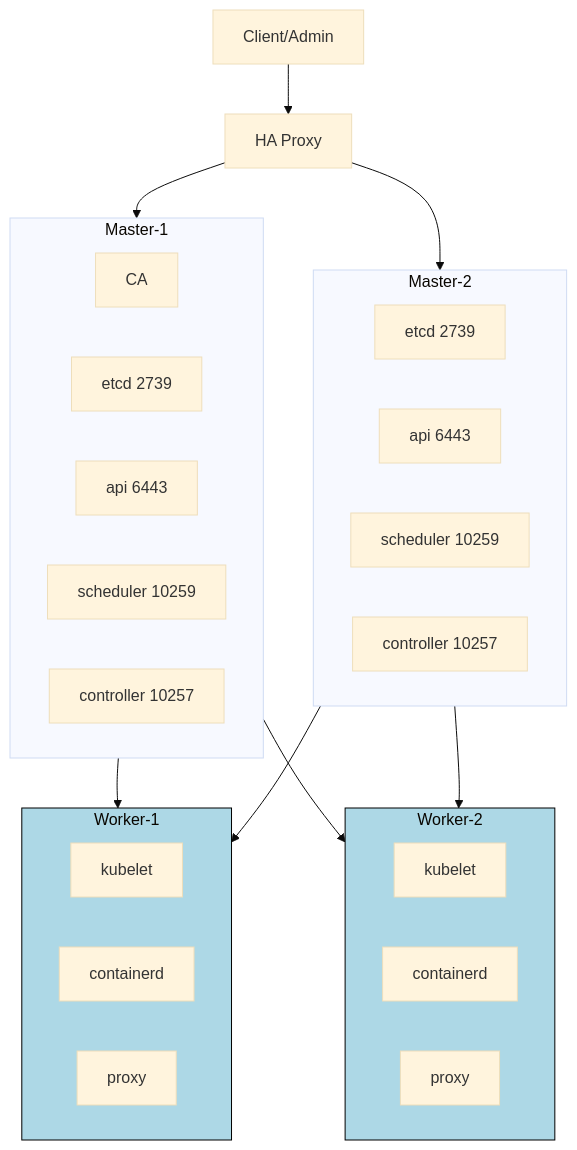
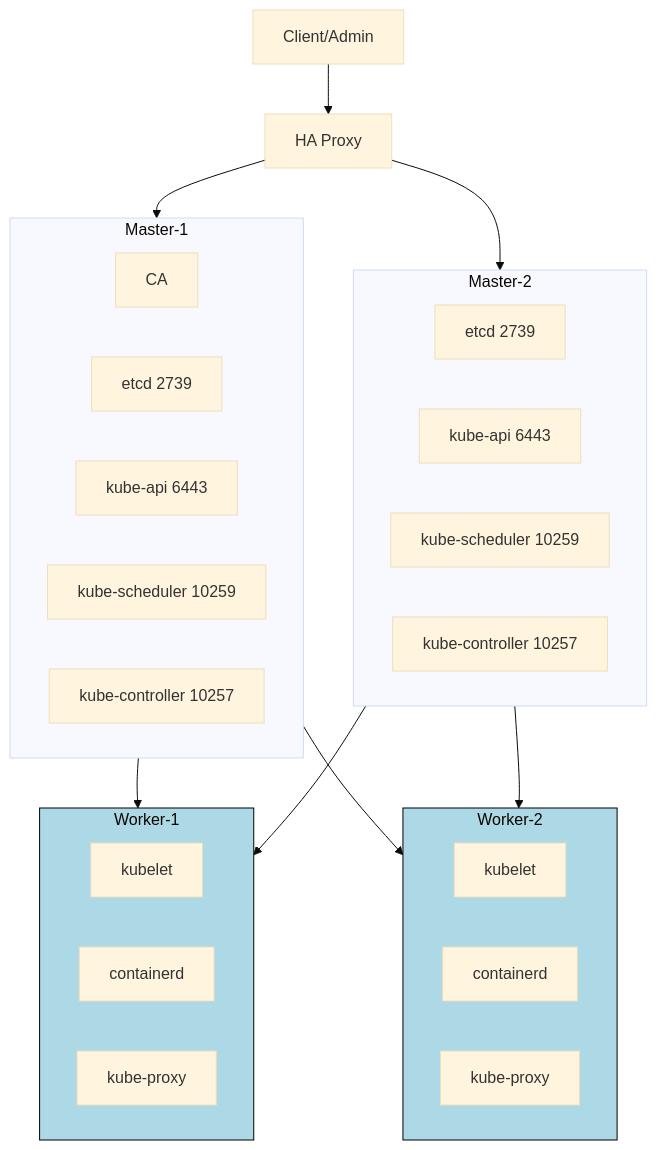
Before and after one commit to pavbjj/build-k8s-ansible: the first of 2 diagrams in README.md, drawn with Mermaid (base theme).

Commit message:
updated diagram

````diff
--- a/README.md
+++ b/README.md
@@ -5,43 +5,43 @@
 ```mermaid
 graph TD;
     LB[Client/Admin] --> HAProxy[HA Proxy]
 
     subgraph Master-1
         CA[CA]
         etcd1[etcd 2739]
-        api1[api 6443]
-        scheduler1[scheduler 10259]
-        controller1[controller 10257]
+        api1[kube-api 6443]
+        scheduler1[kube-scheduler 10259]
+        controller1[kube-controller 10257]
     end
 
     subgraph Master-2
         etcd2[etcd 2739]
-        api2[api 6443]
-        scheduler2[scheduler 10259]
-        controller2[controller 10257]
+        api2[kube-api 6443]
+        scheduler2[kube-scheduler 10259]
+        controller2[kube-controller 10257]
     end
 
     subgraph Worker-1
         kubelet1[kubelet]
         containerd1[containerd]
-        proxy1[proxy]
+        proxy1[kube-proxy]
     end
 
     subgraph Worker-2
         kubelet2[kubelet]
         containerd2[containerd]
-        proxy2[proxy]
+        proxy2[kube-proxy]
     end
 
     HAProxy --> Master-1
     HAProxy --> Master-2
 
     Master-1 --> Worker-1
     Master-1 --> Worker-2
     Master-2 --> Worker-1
     Master-2 --> Worker-2
 
     style Worker-1 fill:#ADD8E6,stroke:#000
     style Worker-2 fill:#ADD8E6,stroke:#000
 
 ```
````
